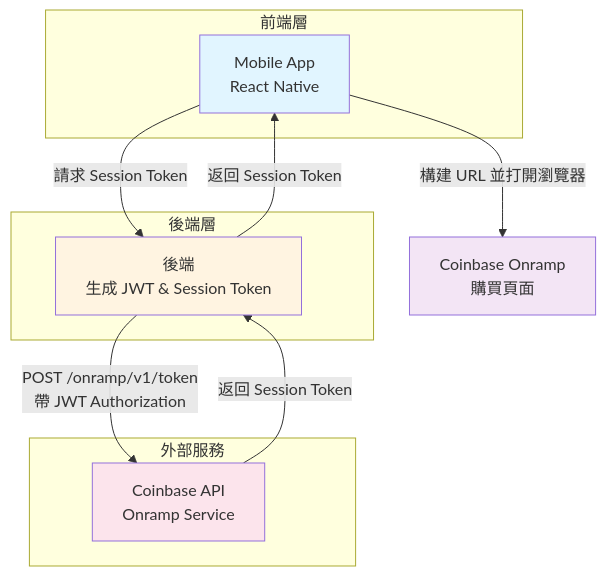
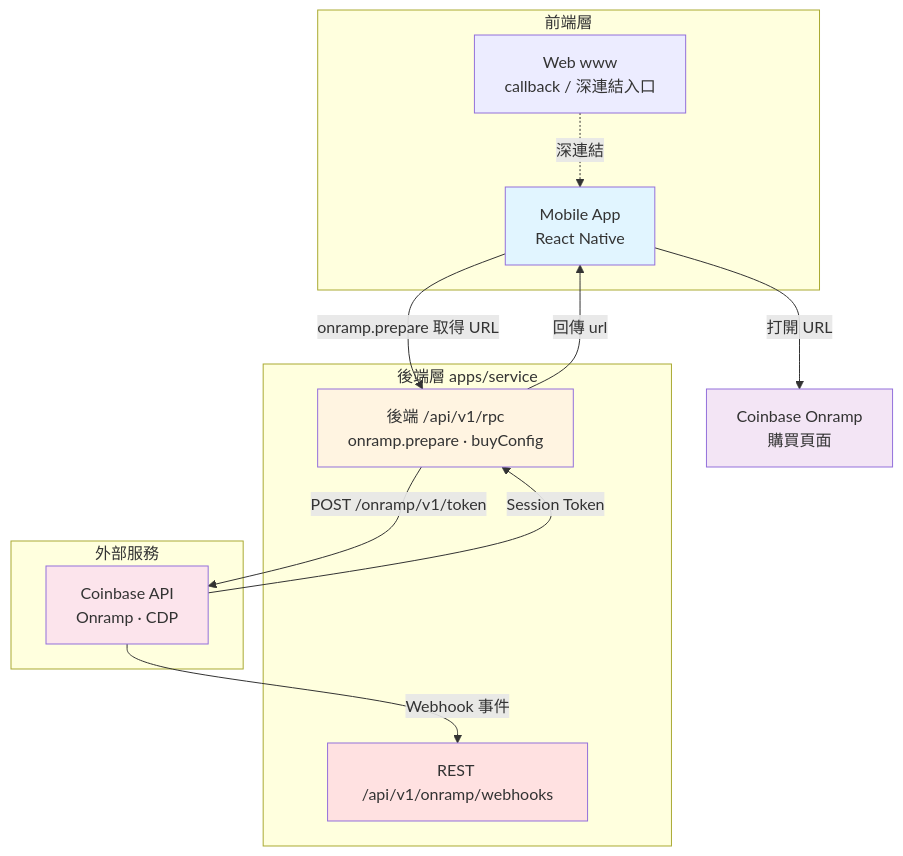
One commit to Chia1104/coinbase-onramp-demo changed the second of 3 diagrams in README.md. Above: the diagram before and after it, drawn with Mermaid. The commit also changed other lines of this file, not shown here.

````diff
--- a/README.md
+++ b/README.md
@@ -49,25 +48,30 @@
 ```mermaid
 graph TB
     subgraph "前端層"
         A[Mobile App<br/>React Native]
+        W[Web www<br/>callback / 深連結入口]
     end
 
-    subgraph "後端層"
-        B[後端<br/>生成 JWT & Session Token]
+    subgraph "後端層 apps/service"
+        R[後端 /api/v1/rpc<br/>onramp.prepare · buyConfig]
+        H[REST /api/v1/onramp/webhooks]
     end
 
     subgraph "外部服務"
-        C[Coinbase API<br/>Onramp Service]
+        C[Coinbase API<br/>Onramp · CDP]
     end
 
-    A -->|請求 Session Token| B
-    B -->|POST /onramp/v1/token<br/>帶 JWT Authorization| C
-    C -->|返回 Session Token| B
-    B -->|返回 Session Token| A
-    A -->|構建 URL 並打開瀏覽器| D[Coinbase Onramp<br/>購買頁面]
+    A -->|onramp.prepare 取得 URL| R
+    R -->|POST /onramp/v1/token| C
+    C -->|Session Token| R
+    R -->|回傳 url| A
+    A -->|打開 URL| D[Coinbase Onramp<br/>購買頁面]
+    C -->|Webhook 事件| H
+    W -.->|深連結| A
 
     style A fill:#e1f5ff
-    style B fill:#fff4e1
+    style R fill:#fff4e1
+    style H fill:#ffe1e1
     style C fill:#fce4ec
     style D fill:#f3e5f5
 ```
````
